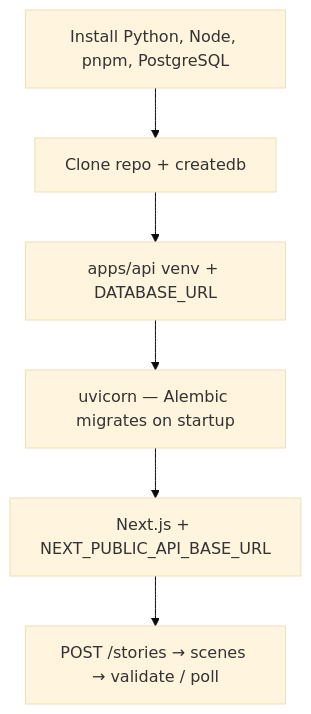
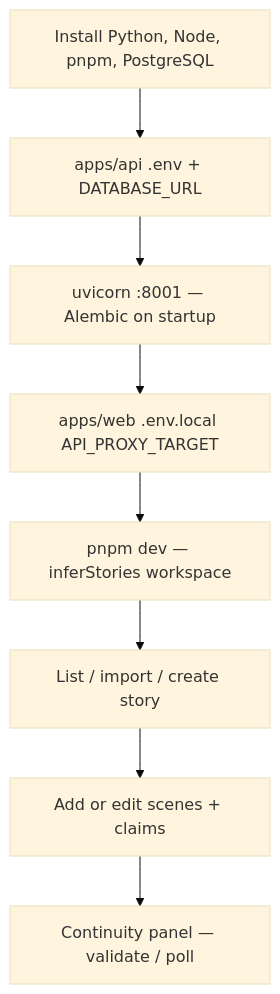
The diagram in README.md (niharika06oct/inferStories), drawn with Mermaid (base theme) before and after one commit. The commit also changed other lines of this file, not shown here.

First line of the commit message:
Update README for current API, UI, import, and local dev setup.

````diff
--- a/README.md
+++ b/README.md
@@ -119,8 +177,10 @@
 ```mermaid
 flowchart TD
-    A[Install Python, Node, pnpm, PostgreSQL] --> B[Clone repo + createdb]
-    B --> C[apps/api venv + DATABASE_URL]
-    C --> D[uvicorn — Alembic migrates on startup]
-    D --> E[Next.js + NEXT_PUBLIC_API_BASE_URL]
-    E --> F[POST /stories → scenes → validate / poll]
+    A[Install Python, Node, pnpm, PostgreSQL] --> B[apps/api .env + DATABASE_URL]
+    B --> C[uvicorn :8001 — Alembic on startup]
+    C --> D[apps/web .env.local API_PROXY_TARGET]
+    D --> E[pnpm dev — inferStories workspace]
+    E --> F[List / import / create story]
+    F --> G[Add or edit scenes + claims]
+    G --> H[Continuity panel — validate / poll]
 ```
````
